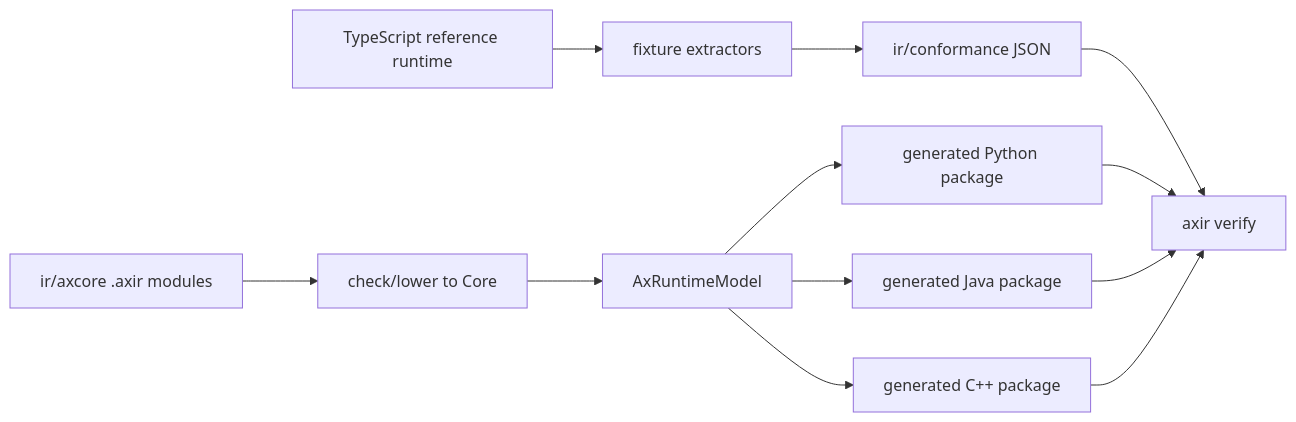
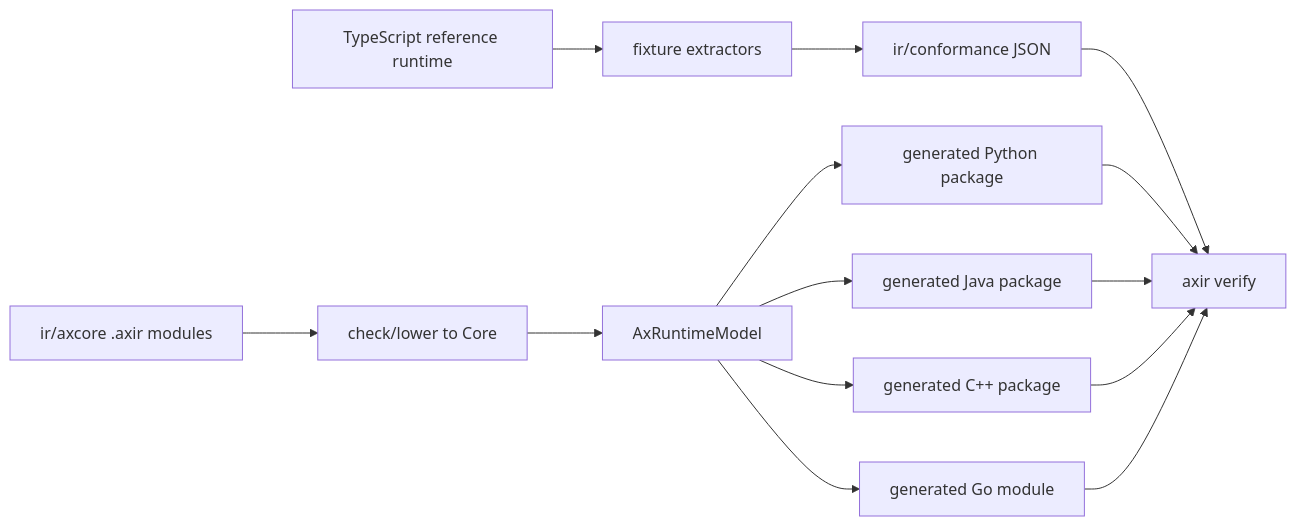
The diagram in docs/COMPILER.md (ax-llm/ax), drawn with Mermaid before and after one commit. The commit also changed other lines of this file and 37 other files, not shown here.

````diff
--- a/docs/COMPILER.md
+++ b/docs/COMPILER.md
@@ -14,14 +14,16 @@
 ```mermaid
 flowchart LR
   TS["TypeScript reference runtime"] --> Extractors["fixture extractors"]
   Extractors --> Fixtures["ir/conformance JSON"]
   AxIR["ir/axcore .axir modules"] --> Check["check/lower to Core"]
   Check --> Model["AxRuntimeModel"]
   Model --> Python["generated Python package"]
   Model --> Java["generated Java package"]
   Model --> Cpp["generated C++ package"]
+  Model --> Go["generated Go module"]
   Fixtures --> Verify["axir verify"]
   Python --> Verify
   Java --> Verify
   Cpp --> Verify
+  Go --> Verify
 ```
````
